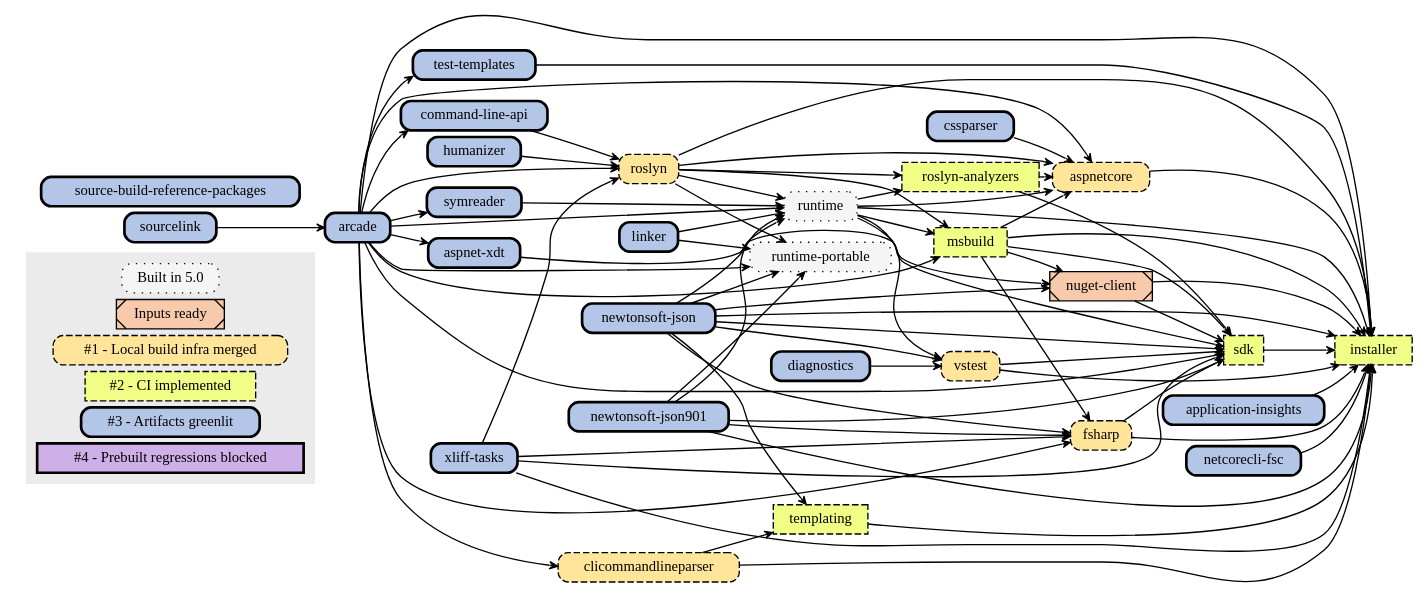
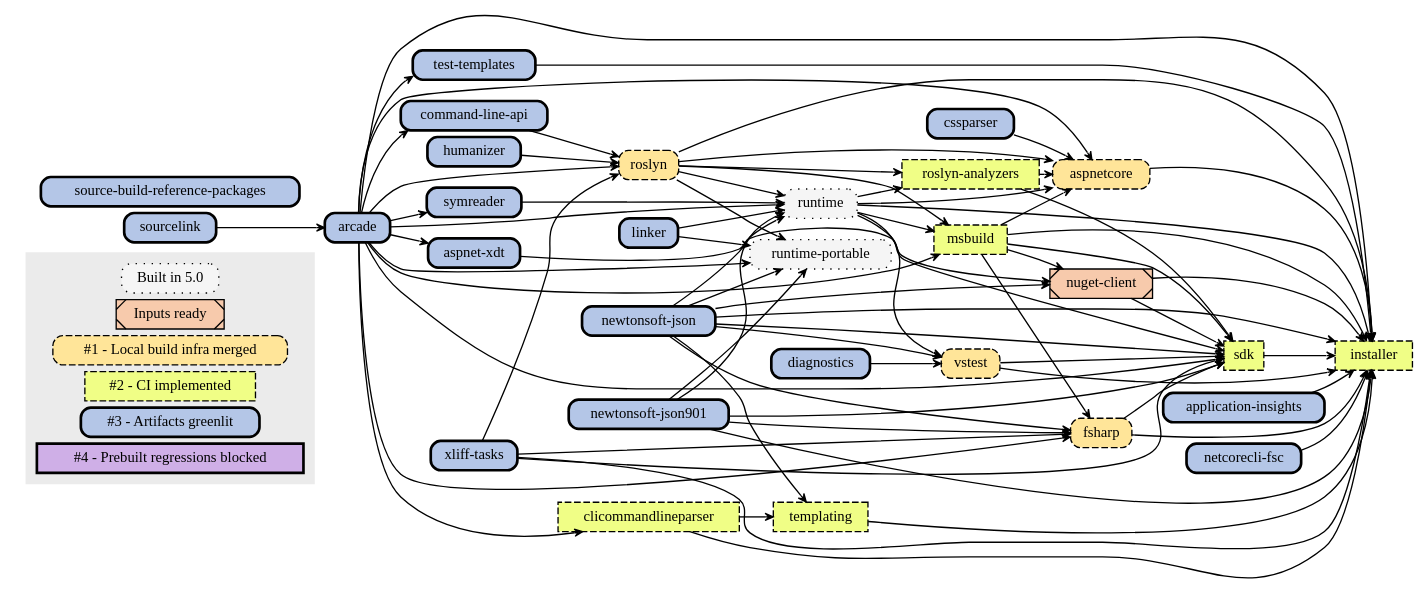
The diagram in Documentation/planning/arcade-powered-source-build/img/implementation-plan-graph.dot (dotnet/source-build), drawn with Graphviz before and after one commit. The commit also changed other lines of this file, not shown here.

```diff
--- a/Documentation/planning/arcade-powered-source-build/img/implementation-plan-graph.dot
+++ b/Documentation/planning/arcade-powered-source-build/img/implementation-plan-graph.dot
@@ -1,147 +1,147 @@
 // dot.exe implementation-plan-graph.dot -Tsvg -o implementation-plan-graph.svg
 
 digraph {
 node[
   shape=rect
   width=0 height=0 margin=0.07
   style=filled
   fontsize=11]
 edge[
   penwidth=1
   arrowsize=0.6
   arrowhead=vee
   pencolor="#444444"]
 rankdir=LR
 nodesep=0.07
 ranksep=0.08
 
 node [fillcolor="#F5F5F5",style="dotted,filled,rounded",tooltip="Built"]
 "pre0"[label="Built in 5.0"]
 "runtime-portable"
 "runtime"
 
 node [fillcolor="#F7CAAC",style="filled,diagonals",tooltip="Inputs ready"]
 "pre1"[label="Inputs ready"]
 "nuget-client"
 
 node [fillcolor="#FFE599",style="dashed,filled,rounded",tooltip="1"]
 "s1"[label="#1 - Local build infra merged"]
 "aspnetcore"
-"clicommandlineparser"
 "fsharp"
 "roslyn"
 "vstest"
 
 node [fillcolor="#F0FE86",style="dashed,filled",tooltip="2"]
 "s2"[label="#2 - CI implemented"]
+"clicommandlineparser"
 "installer"
 "msbuild"
 "roslyn-analyzers"
 "sdk"
 "templating"
 
 node [fillcolor="#B4C6E7",style="bold,filled,rounded",tooltip="3"]
 "s3"[label="#3 - Artifacts greenlit"]
 "application-insights"
 "arcade"
 "aspnet-xdt"
 "command-line-api"
 "cssparser"
 "diagnostics"
 "humanizer"
 "linker"
 "netcorecli-fsc"
 "newtonsoft-json"
 "newtonsoft-json901"
 "source-build-reference-packages"
 "sourcelink"
 "symreader"
 "test-templates"
 "xliff-tasks"
 
 node [fillcolor="#CFAFE7",style="bold,filled",tooltip="4"]
 "s4"[label="#4 - Prebuilt regressions blocked"]
 
 // Color all future nodes red. All nodes should be accounted for: red means they need a category.
 node [fillcolor="#FF0000",style=filled]
 
 subgraph clusterLegend {
   style=filled
   color="#ebebeb"
   "pre0" "pre1" "s1" "s2" "s3" "s4"
 }
 
 // Remaining text created by generate-graphviz.proj based on repos/*.proj:
 "sourcelink" -> "arcade"
 "arcade" -> "aspnet-xdt"
 "arcade" -> "aspnetcore"
 "cssparser" -> "aspnetcore"
 "runtime" -> "aspnetcore"
 "msbuild" -> "aspnetcore"
 "roslyn" -> "aspnetcore"
 "roslyn-analyzers" -> "aspnetcore"
 "arcade" -> "clicommandlineparser"
 "arcade" -> "command-line-api"
 "arcade" -> "fsharp"
 "msbuild" -> "fsharp"
 "newtonsoft-json901" -> "fsharp"
 "newtonsoft-json" -> "fsharp"
 "xliff-tasks" -> "fsharp"
 "application-insights" -> "installer"
 "arcade" -> "installer"
 "aspnetcore" -> "installer"
 "clicommandlineparser" -> "installer"
 "fsharp" -> "installer"
 "msbuild" -> "installer"
 "netcorecli-fsc" -> "installer"
 "newtonsoft-json" -> "installer"
 "newtonsoft-json901" -> "installer"
 "nuget-client" -> "installer"
 "roslyn" -> "installer"
 "runtime" -> "installer"
 "sdk" -> "installer"
 "templating" -> "installer"
 "test-templates" -> "installer"
 "vstest" -> "installer"
 "xliff-tasks" -> "installer"
 "arcade" -> "msbuild"
 "runtime" -> "msbuild"
 "roslyn" -> "msbuild"
 "newtonsoft-json" -> "nuget-client"
 "msbuild" -> "nuget-client"
 "aspnet-xdt" -> "nuget-client"
 "runtime" -> "roslyn-analyzers"
 "roslyn" -> "roslyn-analyzers"
 "arcade" -> "roslyn"
 "command-line-api" -> "roslyn"
 "humanizer" -> "roslyn"
 "xliff-tasks" -> "roslyn"
 "arcade" -> "runtime-portable"
 "linker" -> "runtime-portable"
 "newtonsoft-json" -> "runtime-portable"
 "newtonsoft-json901" -> "runtime-portable"
 "roslyn" -> "runtime-portable"
 "arcade" -> "runtime"
 "symreader" -> "runtime"
 "linker" -> "runtime"
 "newtonsoft-json" -> "runtime"
 "newtonsoft-json901" -> "runtime"
 "roslyn" -> "runtime"
 "arcade" -> "sdk"
 "xliff-tasks" -> "sdk"
 "runtime" -> "sdk"
 "msbuild" -> "sdk"
 "newtonsoft-json" -> "sdk"
 "newtonsoft-json901" -> "sdk"
 "nuget-client" -> "sdk"
 "roslyn-analyzers" -> "sdk"
 "vstest" -> "sdk"
 "fsharp" -> "sdk"
 "arcade" -> "symreader"
 "clicommandlineparser" -> "templating"
 "newtonsoft-json" -> "templating"
 "arcade" -> "test-templates"
 "diagnostics" -> "vstest"
 "runtime" -> "vstest"
 "newtonsoft-json" -> "vstest"
 }
```
